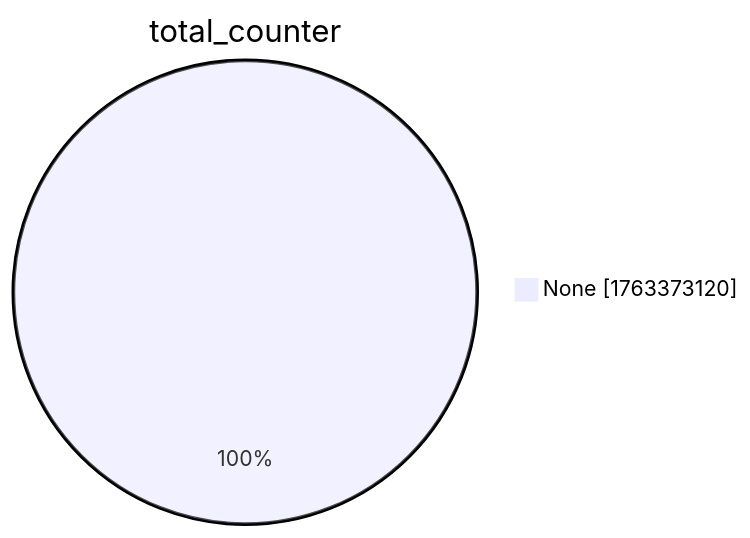
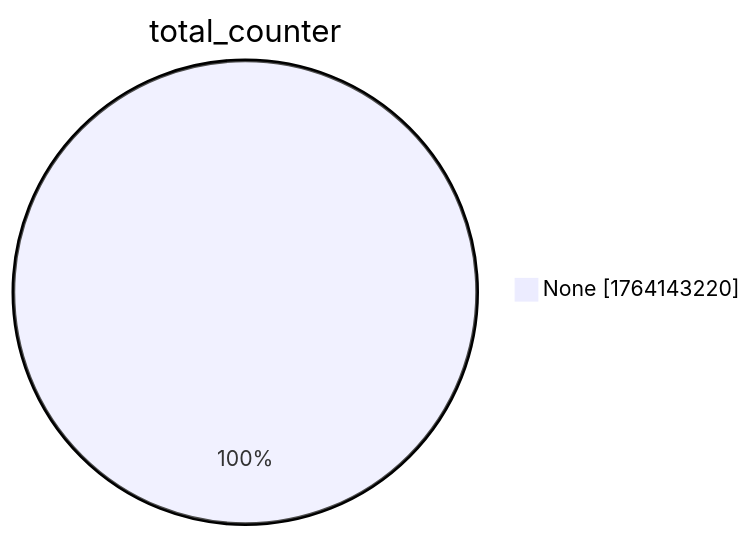
Before and after one commit to christiankrug/ctmonitor_visualization: the second of 15 diagrams in xenon2022/README.md, drawn with Mermaid. The commit also changed other lines of this file, not shown here.

````diff
--- a/xenon2022/README.md
+++ b/xenon2022/README.md
@@ -9,5 +9,5 @@
 ```mermaid
 pie showData
 title total_counter
-"None" :1763373120
+"None" :1764143220
 ```
````
